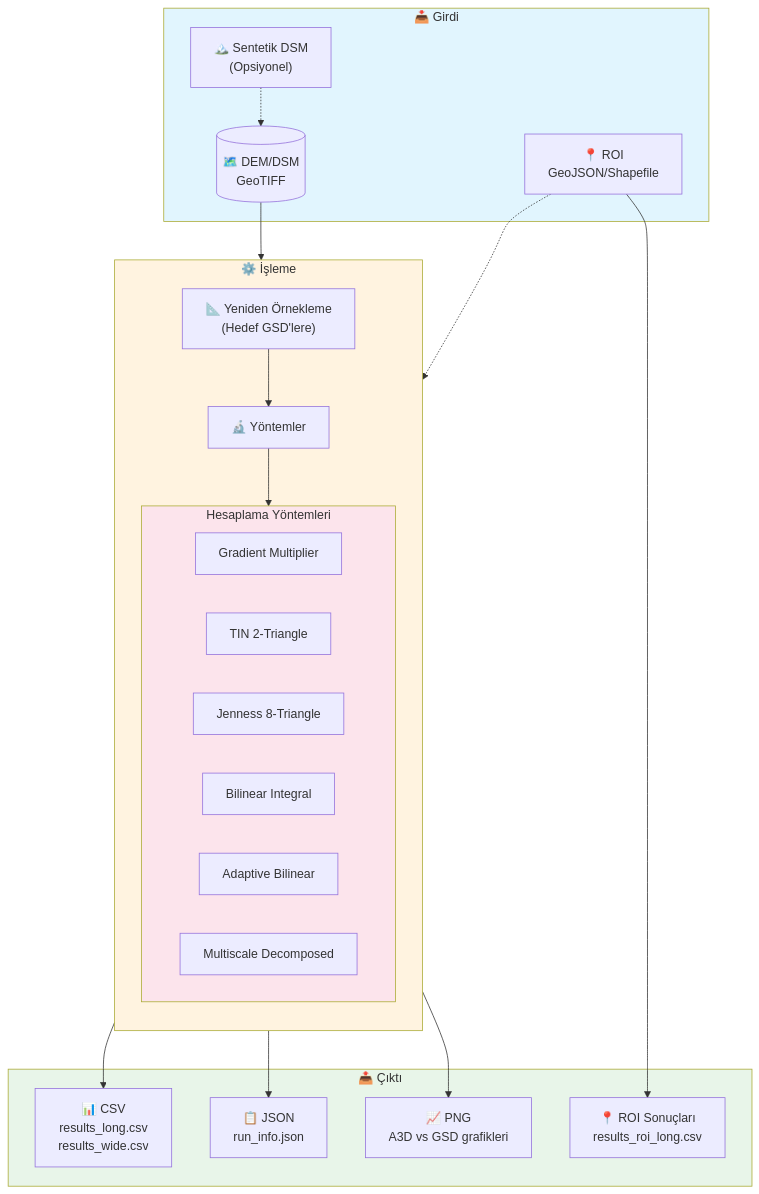
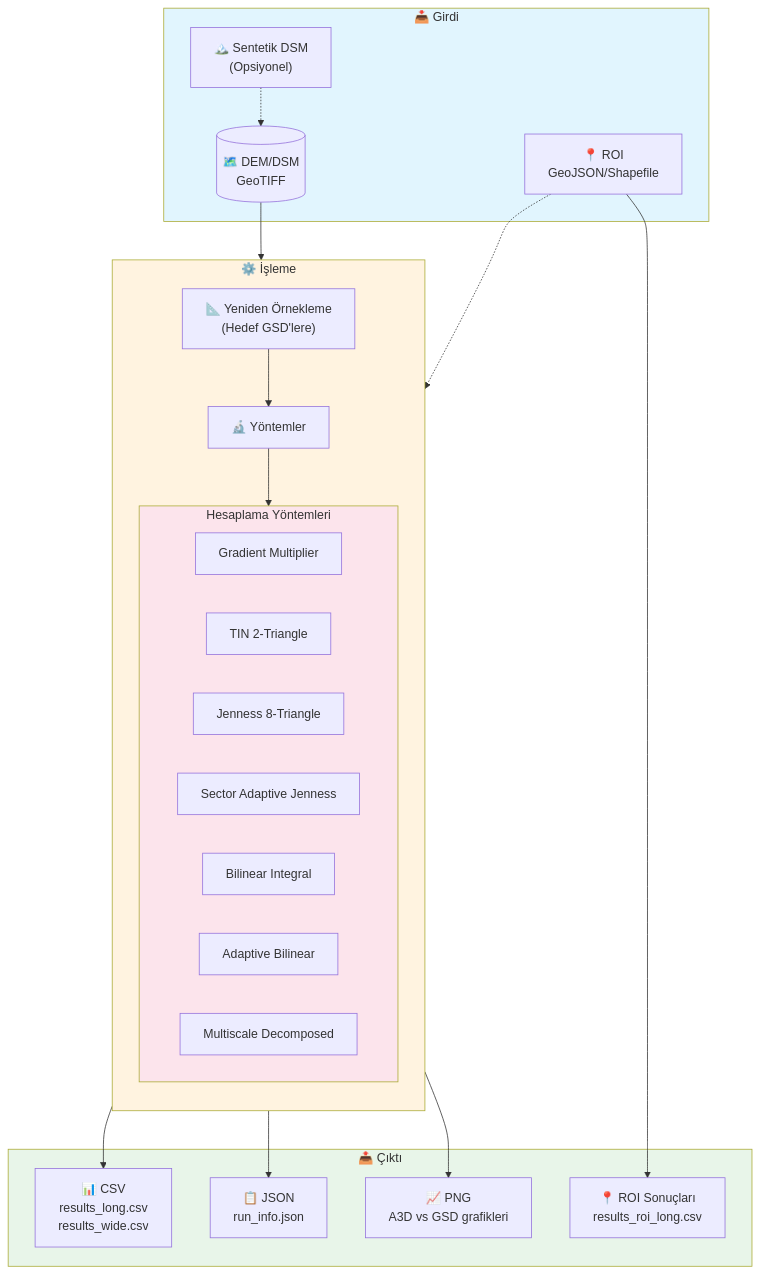
One commit to elestirmen/yuzey_alani_hesaplama changed the first of 2 diagrams in README.md. Above: the diagram before and after it, drawn with Mermaid. The commit also changed other lines of this file and 2 other files, not shown here.

Commit message:
Update README.md to reflect the addition of the sector adaptive Jenness integral method and its parameters. Modify default method options in CLI examples and documentation. Remove obsolete test file for sector adaptive Jenness integral as part of codebase cleanup.

````diff
--- a/README.md
+++ b/README.md
@@ -131,46 +131,47 @@
 ```mermaid
 flowchart TB
     subgraph INPUT["📥 Girdi"]
         DEM[("🗺️ DEM/DSM<br/>GeoTIFF")]
         SYNTH["🏔️ Sentetik DSM<br/>(Opsiyonel)"]
         ROI["📍 ROI<br/>GeoJSON/Shapefile"]
     end
 
     subgraph PROCESS["⚙️ İşleme"]
         direction TB
         RESAMPLE["📐 Yeniden Örnekleme<br/>(Hedef GSD'lere)"]
         METHODS["🔬 Yöntemler"]
         
         subgraph METHODS_DETAIL["Hesaplama Yöntemleri"]
             M1["Gradient Multiplier"]
             M2["TIN 2-Triangle"]
             M3["Jenness 8-Triangle"]
-            M4["Bilinear Integral"]
-            M5["Adaptive Bilinear"]
-            M6["Multiscale Decomposed"]
+            M4["Sector Adaptive Jenness"]
+            M5["Bilinear Integral"]
+            M6["Adaptive Bilinear"]
+            M7["Multiscale Decomposed"]
         end
     end
 
     subgraph OUTPUT["📤 Çıktı"]
         CSV["📊 CSV<br/>results_long.csv<br/>results_wide.csv"]
         JSON["📋 JSON<br/>run_info.json"]
         PLOTS["📈 PNG<br/>A3D vs GSD grafikleri"]
         ROI_OUT["📍 ROI Sonuçları<br/>results_roi_long.csv"]
     end
 
     DEM --> RESAMPLE
     SYNTH -.-> DEM
     RESAMPLE --> METHODS
     METHODS --> METHODS_DETAIL
     ROI -.-> METHODS
     
     METHODS_DETAIL --> CSV
     METHODS_DETAIL --> JSON
     METHODS_DETAIL --> PLOTS
     ROI --> ROI_OUT
 
     style INPUT fill:#e1f5fe
     style PROCESS fill:#fff3e0
     style OUTPUT fill:#e8f5e9
     style METHODS_DETAIL fill:#fce4ec
 ```
````
